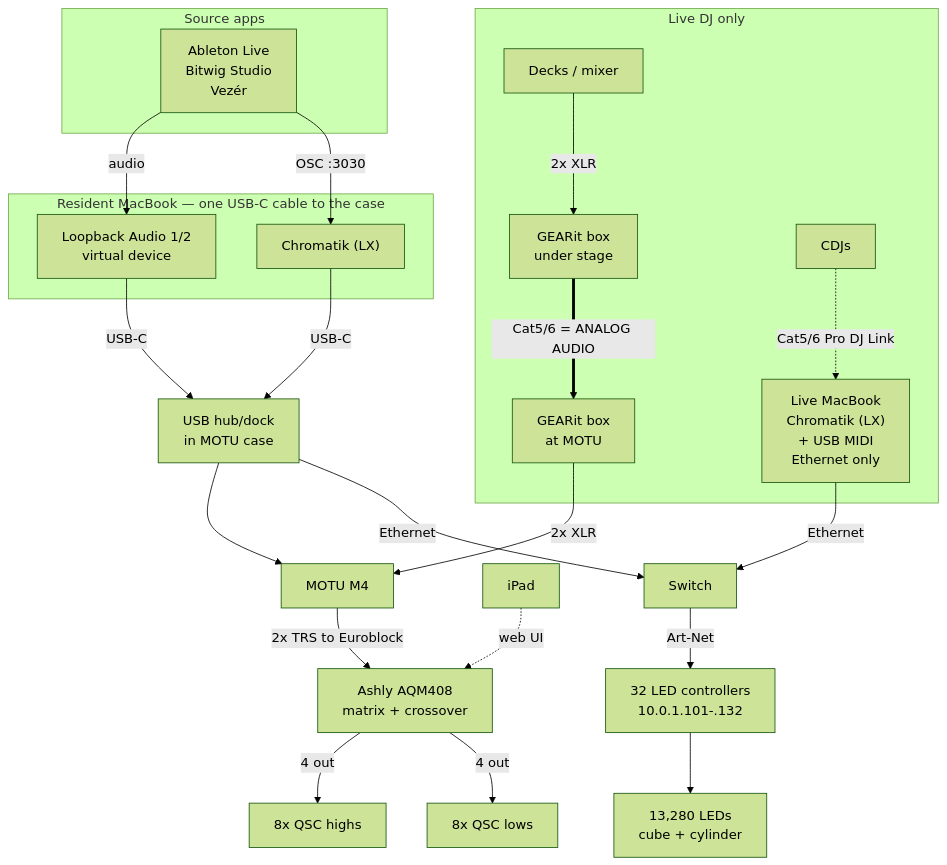
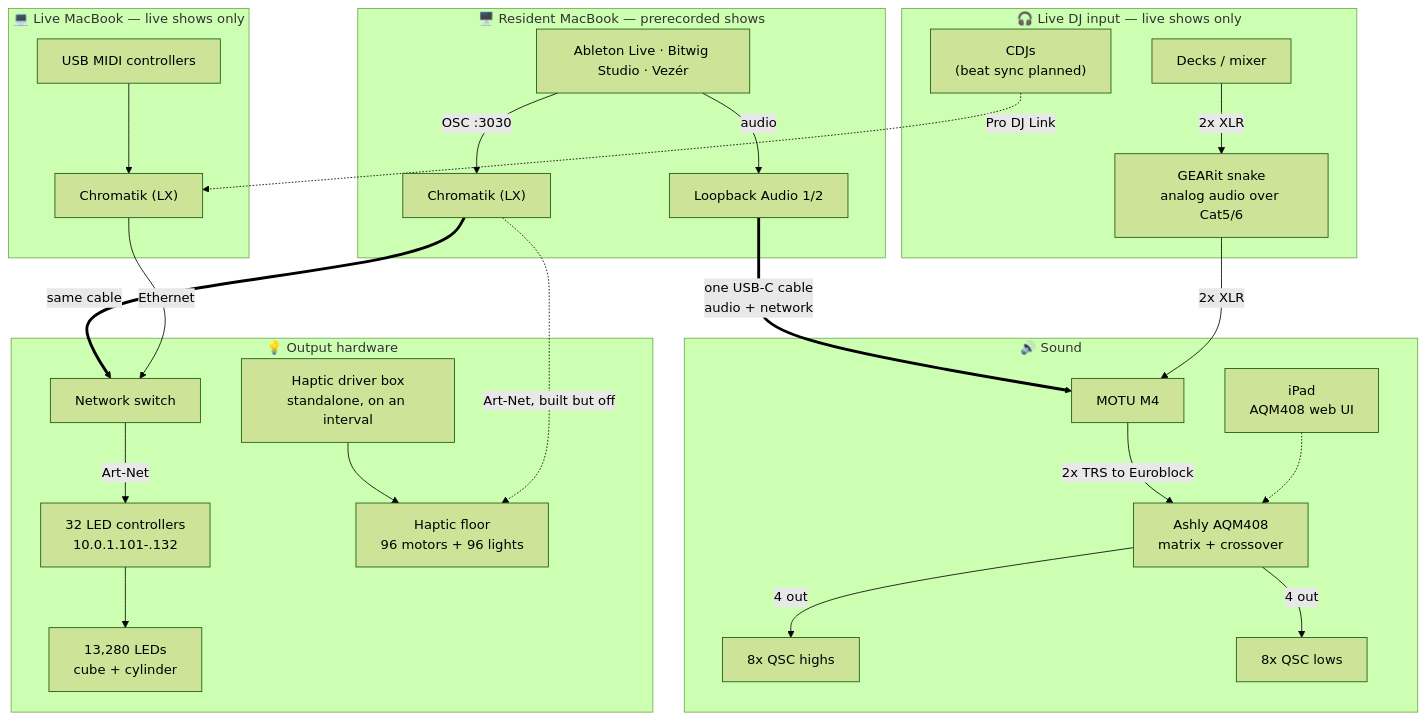
Before and after one commit to Apotheneum/Apotheneum: the diagram in docs/infrastructure/README.md, drawn with Mermaid (forest theme). The commit also changed other lines of this file, not shown here.

Commit message:
Redraw the overview diagram around physical boxes
Group by what is actually a box in the room rather than by kind of thing.
Source apps live inside the resident MacBook instead of floating in their
own subgraph; sound gets one box (MOTU, Ashly, iPad, speakers); output
hardware gets another (switch, controllers, LEDs, haptic box and floor).
Live-only gear is visibly separate from what is permanently installed.

````diff
--- a/docs/infrastructure/README.md
+++ b/docs/infrastructure/README.md
@@ -5,48 +5,53 @@
 ```mermaid
 flowchart TB
-    subgraph SRC["Source apps"]
-        APPS["Ableton Live<br>Bitwig Studio<br>Vezér"]
+    subgraph RESIDENT["🖥️ Resident MacBook — prerecorded shows"]
+        APPS["Ableton Live · Bitwig Studio · Vezér"]
+        LB["Loopback Audio 1/2"]
+        CHR["Chromatik (LX)"]
+        APPS -->|audio| LB
+        APPS -->|"OSC :3030"| CHR
     end
 
-    subgraph RESIDENT["Resident MacBook — one USB-C cable to the case"]
-        LB["Loopback Audio 1/2<br>virtual device"]
-        CHR["Chromatik (LX)"]
+    subgraph LIVEMAC["💻 Live MacBook — live shows only"]
+        MIDI["USB MIDI controllers"]
+        LCHR["Chromatik (LX)"]
+        MIDI --> LCHR
     end
 
-    HUB["USB hub/dock<br>in MOTU case"]
-
-    MOTU["MOTU M4"]
-    AQM["Ashly AQM408<br>matrix + crossover"]
-    HI["8x QSC highs"]
-    SUB["8x QSC lows"]
-    CTRL["32 LED controllers<br>10.0.1.101-.132"]
-    LEDS["13,280 LEDs<br>cube + cylinder"]
-    IPAD["iPad"]
-
-    subgraph LIVE["Live DJ only"]
+    subgraph DJ["🎧 Live DJ input — live shows only"]
         DECKS["Decks / mixer"]
-        GI1["GEARit box<br>under stage"]
-        GI2["GEARit box<br>at MOTU"]
-        CDJ["CDJs"]
-        LIVECHR["Live MacBook<br>Chromatik (LX)<br>+ USB MIDI<br>Ethernet only"]
+        GEAR["GEARit snake<br>analog audio over Cat5/6"]
+        CDJ["CDJs<br>(beat sync planned)"]
+        DECKS -->|"2x XLR"| GEAR
     end
 
-    APPS -->|audio| LB
-    APPS -->|"OSC :3030"| CHR
-    LB -->|USB-C| HUB
-    CHR -->|USB-C| HUB
-    HUB --> MOTU
-    MOTU -->|"2x TRS to Euroblock"| AQM
-    AQM -->|"4 out"| HI
-    AQM -->|"4 out"| SUB
-    CTRL --> LEDS
-    IPAD -.->|web UI| AQM
+    subgraph SOUND["🔊 Sound"]
+        MOTU["MOTU M4"]
+        AQM["Ashly AQM408<br>matrix + crossover"]
+        IPAD["iPad<br>AQM408 web UI"]
+        HI["8x QSC highs"]
+        SUB["8x QSC lows"]
+        MOTU -->|"2x TRS to Euroblock"| AQM
+        AQM -->|"4 out"| HI
+        AQM -->|"4 out"| SUB
+        IPAD -.-> AQM
+    end
 
-    DECKS -->|"2x XLR"| GI1
-    GI1 ==>|"Cat5/6 = ANALOG AUDIO"| GI2
-    GI2 -->|"2x XLR"| MOTU
-    CDJ -.->|"Cat5/6 Pro DJ Link"| LIVECHR
-    LIVECHR -->|"Ethernet"| SW["Switch"]
-    HUB -->|"Ethernet"| SW
-    SW -->|"Art-Net"| CTRL
+    subgraph OUTPUT["💡 Output hardware"]
+        SW["Network switch"]
+        CTRL["32 LED controllers<br>10.0.1.101-.132"]
+        LEDS["13,280 LEDs<br>cube + cylinder"]
+        HBOX["Haptic driver box<br>standalone, on an interval"]
+        FLOOR["Haptic floor<br>96 motors + 96 lights"]
+        SW -->|"Art-Net"| CTRL
+        CTRL --> LEDS
+        HBOX --> FLOOR
+    end
+
+    LB ==>|"one USB-C cable<br>audio + network"| MOTU
+    CHR ==>|"same cable"| SW
+    LCHR -->|Ethernet| SW
+    GEAR -->|"2x XLR"| MOTU
+    CDJ -.->|"Pro DJ Link"| LCHR
+    CHR -.->|"Art-Net, built but off"| FLOOR
 ```
````
